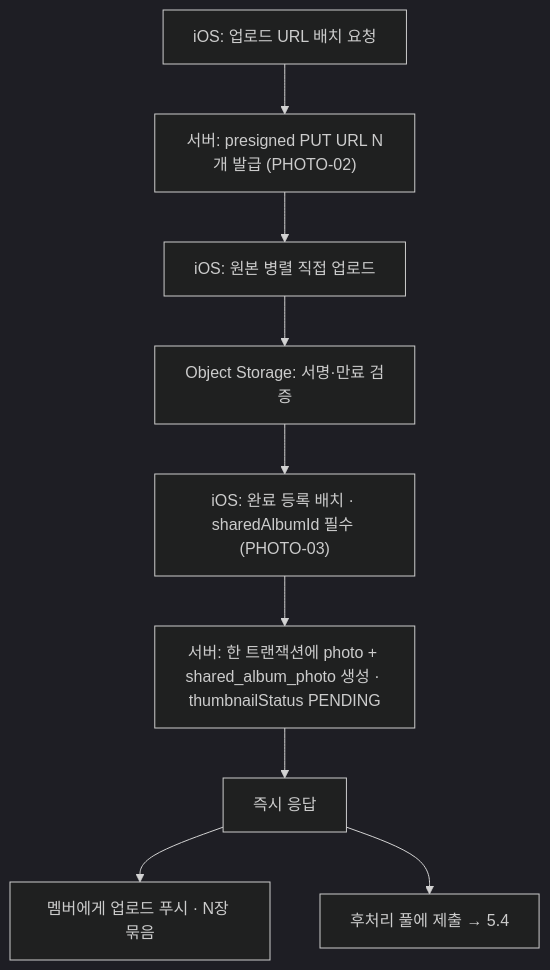
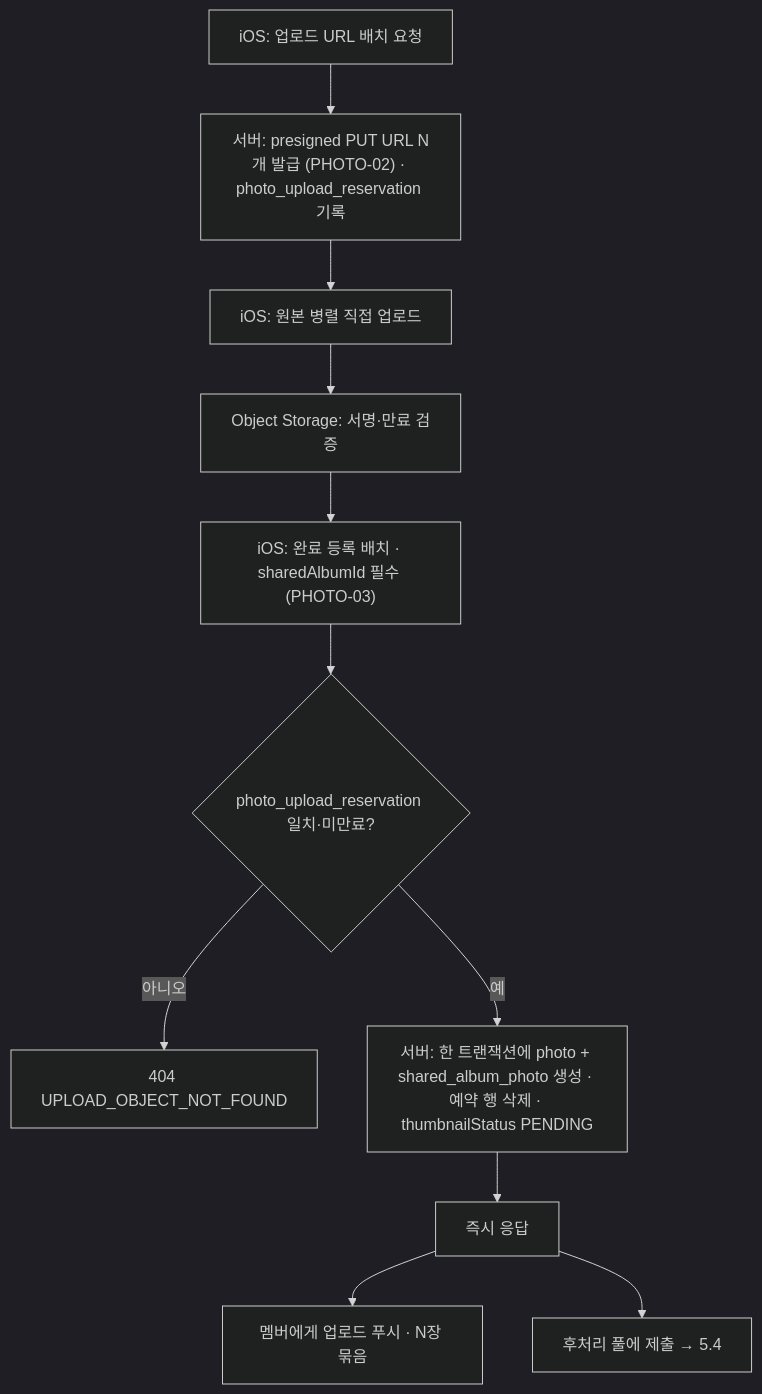
One commit to zipzip-team/zipzip-server changed the third of 9 diagrams in docs/architecture/backend-architecture.md. Above: the diagram before and after it, drawn with Mermaid (dark theme). The commit also changed other lines of this file and 10 other files, not shown here.

Commit message:
:sparkles: feat: 사진 업로드 예약 테이블로 PHOTO-02/03 발급-등록 무결성 보강

````diff
--- a/docs/architecture/backend-architecture.md
+++ b/docs/architecture/backend-architecture.md
@@ -231,11 +232,13 @@
 ```mermaid
 flowchart TD
-    A[iOS: 업로드 URL 배치 요청] --> B["서버: presigned PUT URL N개 발급 (PHOTO-02)"]
+    A[iOS: 업로드 URL 배치 요청] --> B["서버: presigned PUT URL N개 발급 (PHOTO-02) · photo_upload_reservation 기록"]
     B --> C[iOS: 원본 병렬 직접 업로드]
     C --> D[Object Storage: 서명·만료 검증]
     D --> E["iOS: 완료 등록 배치 · sharedAlbumId 필수 (PHOTO-03)"]
-    E --> F[서버: 한 트랜잭션에 photo + shared_album_photo 생성 · thumbnailStatus PENDING]
+    E --> E2{photo_upload_reservation 일치·미만료?}
+    E2 -->|아니오| E3[404 UPLOAD_OBJECT_NOT_FOUND]
+    E2 -->|예| F[서버: 한 트랜잭션에 photo + shared_album_photo 생성 · 예약 행 삭제 · thumbnailStatus PENDING]
     F --> G[즉시 응답]
     G --> H[멤버에게 업로드 푸시 · N장 묶음]
     G --> I[후처리 풀에 제출 → 5.4]
 ```
````
